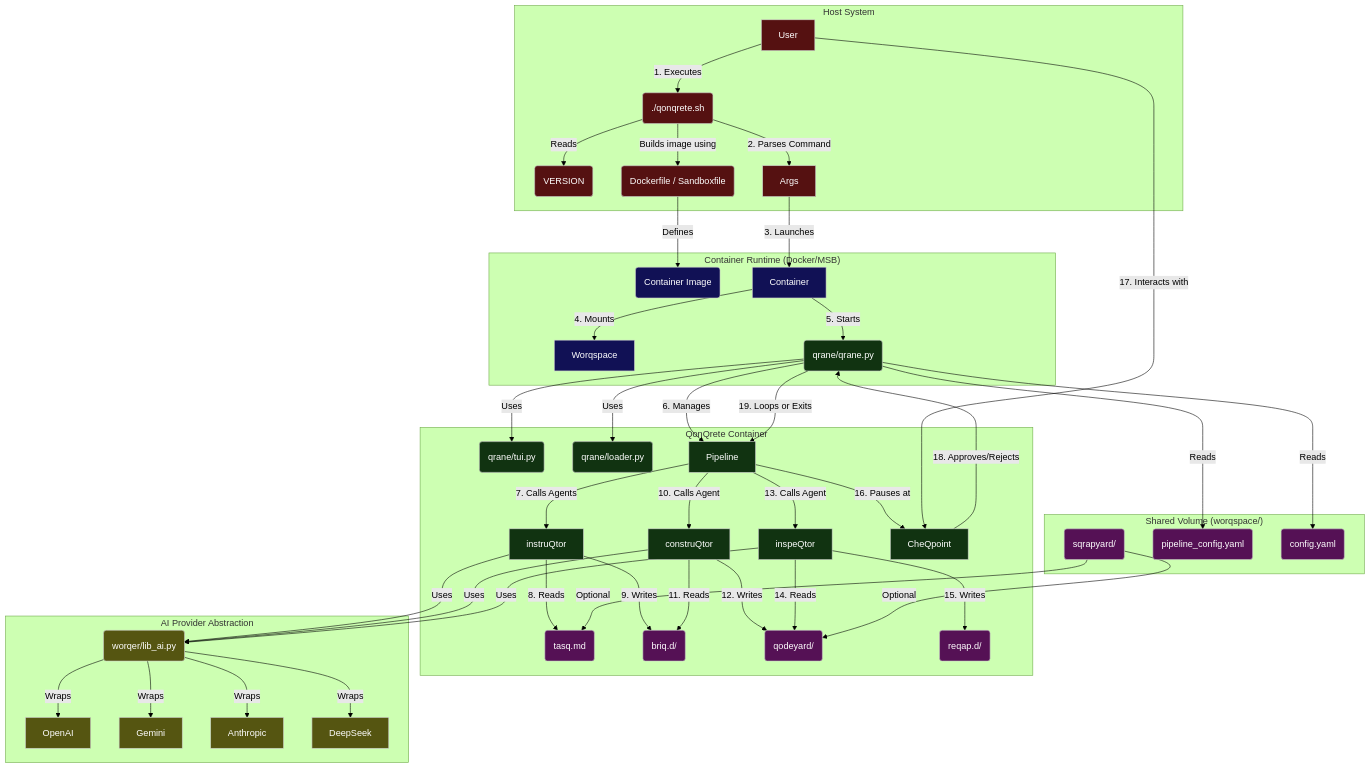
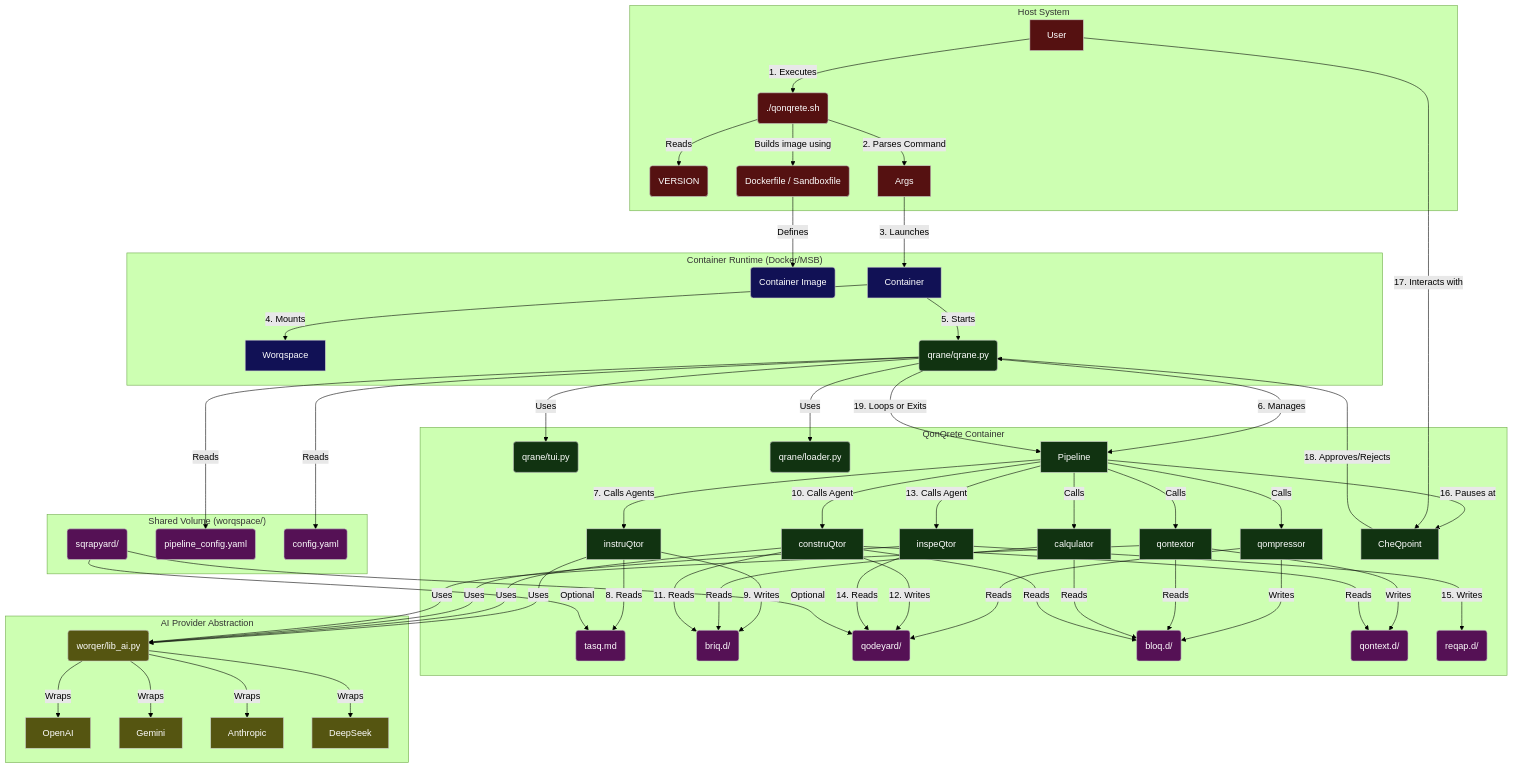
One commit to illdynamics/qonqrete changed the diagram in DOCUMENTATION.md. Above: the diagram before and after it, drawn with Mermaid (forest theme).

Commit message:
docs: update architecture diagram in DOCUMENTATION.md

````diff
--- a/DOCUMENTATION.md
+++ b/DOCUMENTATION.md
@@ -36,15 +36,33 @@
         Qrane(qrane/qrane.py) -- Uses --> TUI(qrane/tui.py);
         Qrane -- Uses --> Loader(qrane/loader.py);
         Qrane -- 6. Manages --> Pipeline;
+        
         Pipeline -- 7. Calls Agents --> instruQtor;
         instruQtor -- 8. Reads --> TasQ;
         instruQtor -- 9. Writes --> BriQs;
+        
+        Pipeline -- Calls --> qompressor;
+        qompressor -- Reads --> Qodeyard;
+        qompressor -- Writes --> Bloq;
+
+        Pipeline -- Calls --> qontextor;
+        qontextor -- Reads --> Bloq;
+        qontextor -- Writes --> Qontext;
+        
+        Pipeline -- Calls --> calqulator;
+        calqulator -- Reads --> BriQs;
+        calqulator -- Reads --> Bloq;
+
         Pipeline -- 10. Calls Agent --> construQtor;
         construQtor -- 11. Reads --> BriQs;
+        construQtor -- Reads --> Bloq;
+        construQtor -- Reads --> Qontext;
         construQtor -- 12. Writes --> Qodeyard;
+
         Pipeline -- 13. Calls Agent --> inspeQtor;
         inspeQtor -- 14. Reads --> Qodeyard;
         inspeQtor -- 15. Writes --> ReQap;
+        
         Pipeline -- 16. Pauses at --> CheQpoint;
     end
 
@@ -57,6 +75,8 @@
         BriQs(briq.d/);
         Qodeyard(qodeyard/);
         ReQap(reqap.d/);
+        Bloq(bloq.d/);
+        Qontext(qontext.d/);
         Sqrapyard -- Optional --> Qodeyard;
         Sqrapyard -- Optional --> TasQ;
     end
@@ -66,6 +86,7 @@
         instruQtor -- Uses --> LibAI;
         construQtor -- Uses --> LibAI;
         inspeQtor -- Uses --> LibAI;
+        qontextor -- Uses --> LibAI;
         LibAI -- Wraps --> OpenAI;
         LibAI -- Wraps --> Gemini;
         LibAI -- Wraps --> Anthropic;
@@ -84,7 +105,7 @@
 
     class User,Shell,Args,VersionFile,BuildFiles host;
     class Container,Worqspace,Image container;
-    class Qrane,Pipeline,instruQtor,construQtor,inspeQtor,CheQpoint,TUI,Loader qonqrete;
-    class TasQ,BriQs,Qodeyard,ReQap,Config,PConfig,Sqrapyard volume;
+    class Qrane,Pipeline,instruQtor,construQtor,inspeQtor,qompressor,qontextor,calqulator,CheQpoint,TUI,Loader qonqrete;
+    class TasQ,BriQs,Qodeyard,ReQap,Config,PConfig,Sqrapyard,Bloq,Qontext volume;
     class LibAI,OpenAI,Gemini,Anthropic,DeepSeek abstraction;
 ```
````
